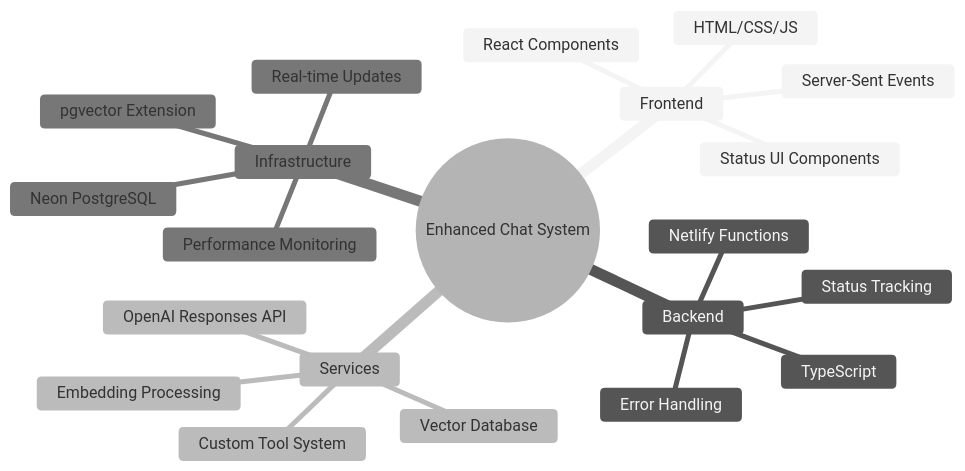
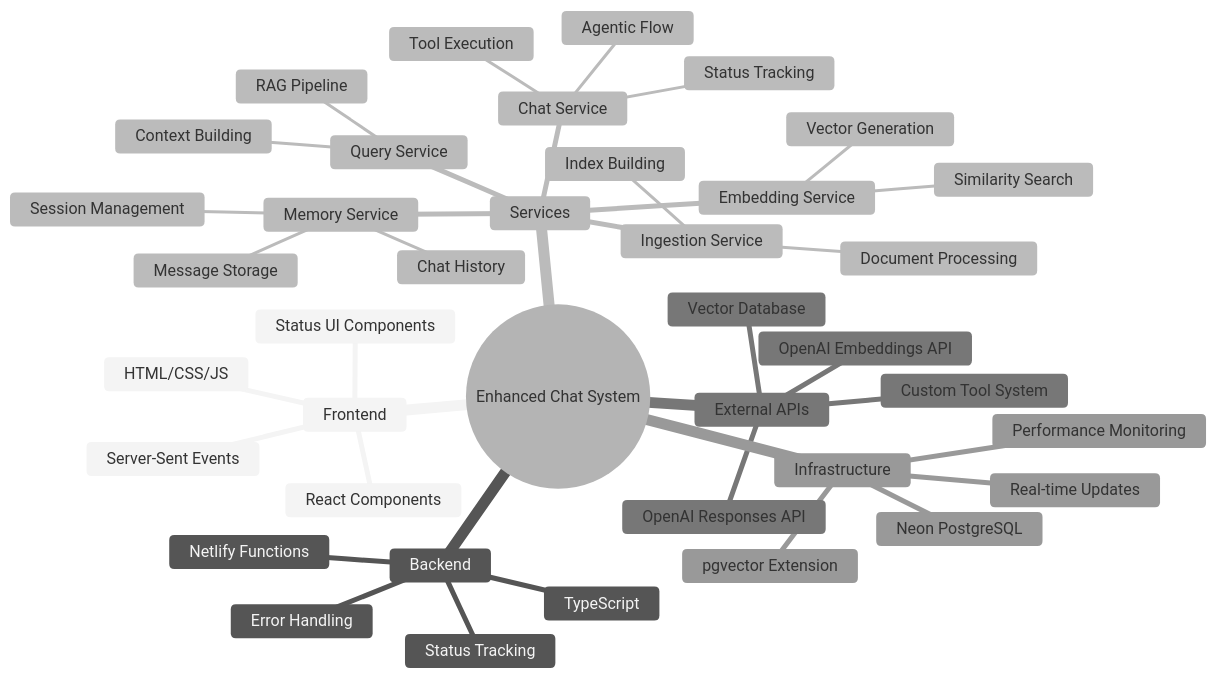
One commit to rlynjb/adventurecue changed the fourth of 4 diagrams in docs/architecture-overview.md. Above: the diagram before and after it, drawn with Mermaid (neutral theme). The commit also changed other lines of this file, not shown here.

````diff
--- a/docs/architecture-overview.md
+++ b/docs/architecture-overview.md
@@ -120,24 +209,42 @@
 ```mermaid
 mindmap
   root((Enhanced Chat System))
     Frontend
       HTML/CSS/JS
       React Components
       Server-Sent Events
       Status UI Components
     Backend
       Netlify Functions
       TypeScript
       Status Tracking
       Error Handling
     Services
+      Chat Service
+        Agentic Flow
+        Tool Execution
+        Status Tracking
+      Query Service
+        RAG Pipeline
+        Context Building
+      Embedding Service
+        Vector Generation
+        Similarity Search
+      Ingestion Service
+        Document Processing
+        Index Building
+      Memory Service
+        Session Management
+        Chat History
+        Message Storage
+    External APIs
       OpenAI Responses API
+      OpenAI Embeddings API
       Custom Tool System
       Vector Database
-      Embedding Processing
     Infrastructure
       Neon PostgreSQL
       pgvector Extension
       Real-time Updates
       Performance Monitoring
 ```
````
